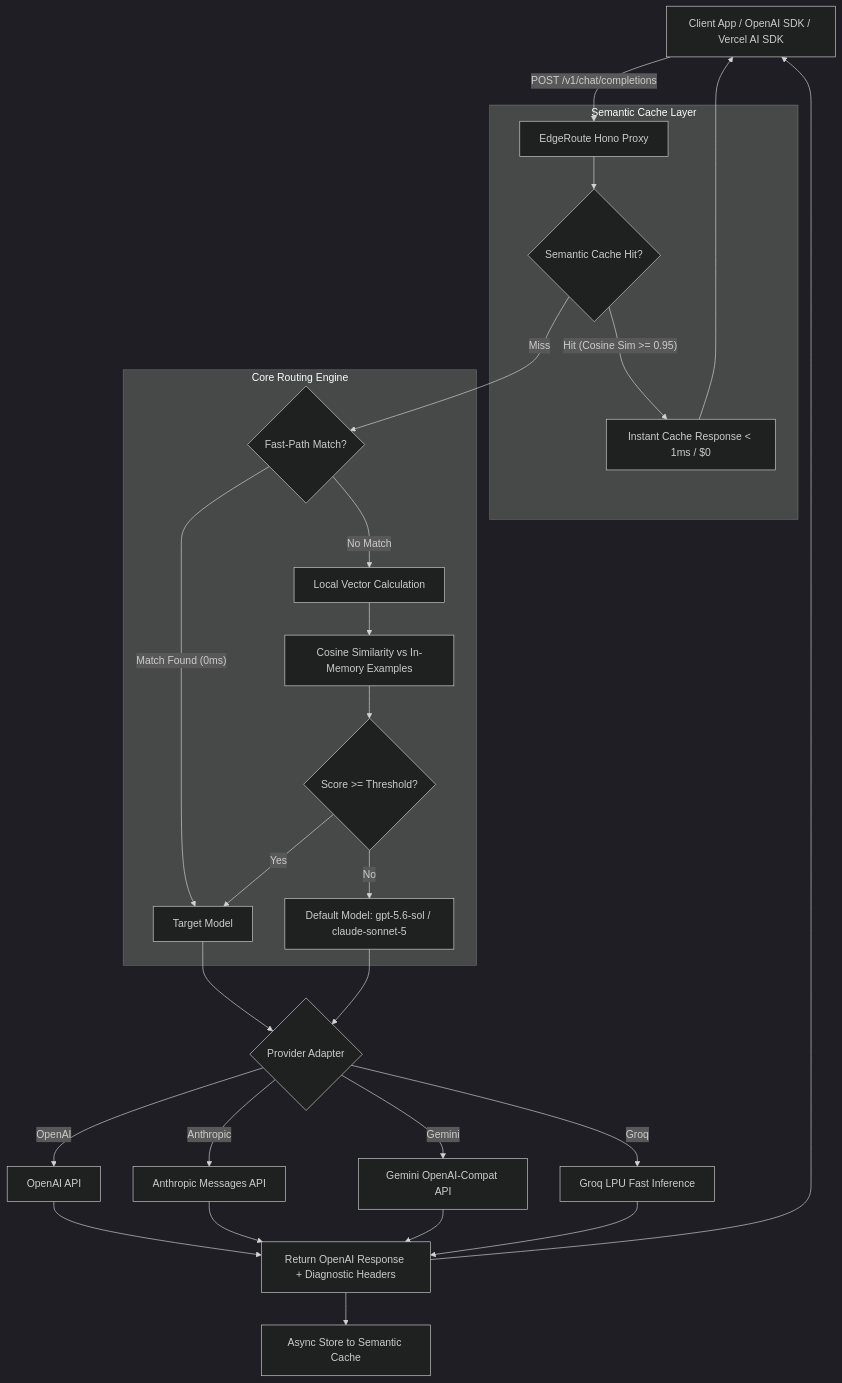
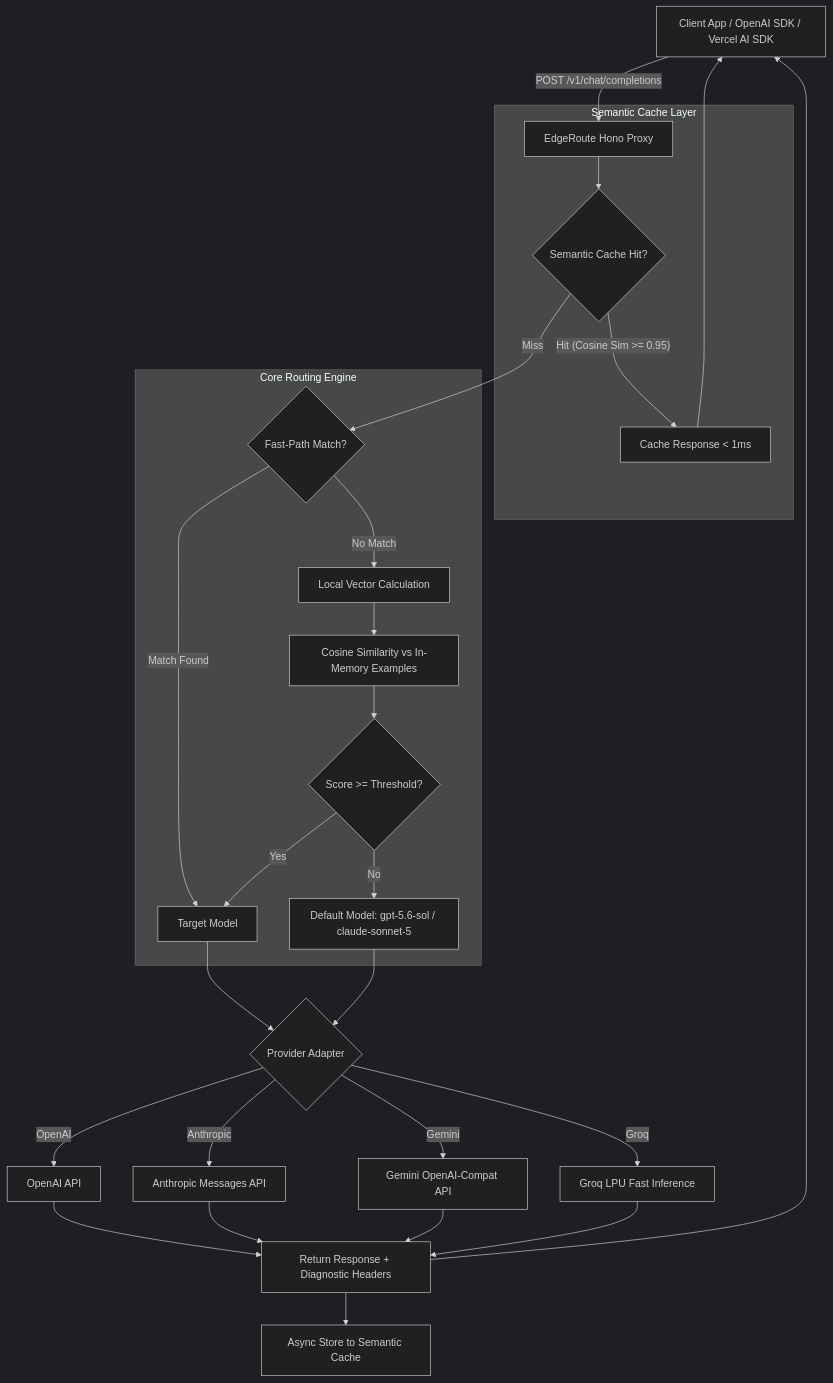
The diagram in README.md (karakara-rin/edgeroute), drawn with Mermaid (dark theme) before and after one commit. The commit also changed other lines of this file and 5 other files, not shown here.

Commit message:
docs: refine README tone, organize architecture docs, and update .gitignore

````diff
--- a/README.md
+++ b/README.md
@@ -37,36 +35,36 @@
 ```mermaid
 flowchart TD
     Client[Client App / OpenAI SDK / Vercel AI SDK] -->|POST /v1/chat/completions| Proxy[EdgeRoute Hono Proxy]
     
     subgraph Semantic Cache Layer
         Proxy --> CacheCheck{Semantic Cache Hit?}
-        CacheCheck -- Hit (Cosine Sim >= 0.95) --> ReturnCache[Instant Cache Response < 1ms / $0]
+        CacheCheck -- Hit (Cosine Sim >= 0.95) --> ReturnCache[Cache Response < 1ms]
     end
 
     subgraph Core Routing Engine
         CacheCheck -- Miss --> FastPath{Fast-Path Match?}
-        FastPath -- Match Found (0ms) --> TargetModel[Target Model]
+        FastPath -- Match Found --> TargetModel[Target Model]
         
         FastPath -- No Match --> VectorCalc[Local Vector Calculation]
         VectorCalc --> CosineSim[Cosine Similarity vs In-Memory Examples]
         CosineSim --> ThresholdCheck{Score >= Threshold?}
         ThresholdCheck -- Yes --> TargetModel
         ThresholdCheck -- No --> DefaultModel[Default Model: gpt-5.6-sol / claude-sonnet-5]
     end
 
     TargetModel --> Dispatcher{Provider Adapter}
     DefaultModel --> Dispatcher
 
     Dispatcher -->|OpenAI| OpenAI[OpenAI API]
     Dispatcher -->|Anthropic| Anthropic[Anthropic Messages API]
     Dispatcher -->|Gemini| Gemini[Gemini OpenAI-Compat API]
     Dispatcher -->|Groq| Groq[Groq LPU Fast Inference]
 
-    OpenAI --> Return[Return OpenAI Response + Diagnostic Headers]
+    OpenAI --> Return[Return Response + Diagnostic Headers]
     Anthropic --> Return
     Gemini --> Return
     Groq --> Return
     Return --> AsyncCache[Async Store to Semantic Cache]
     Return --> Client
     ReturnCache --> Client
 ```
````
